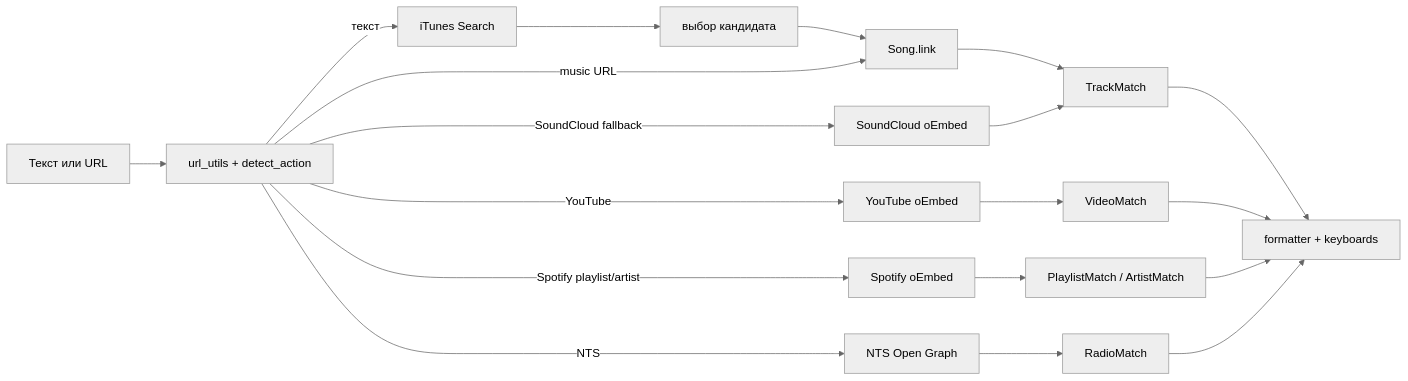
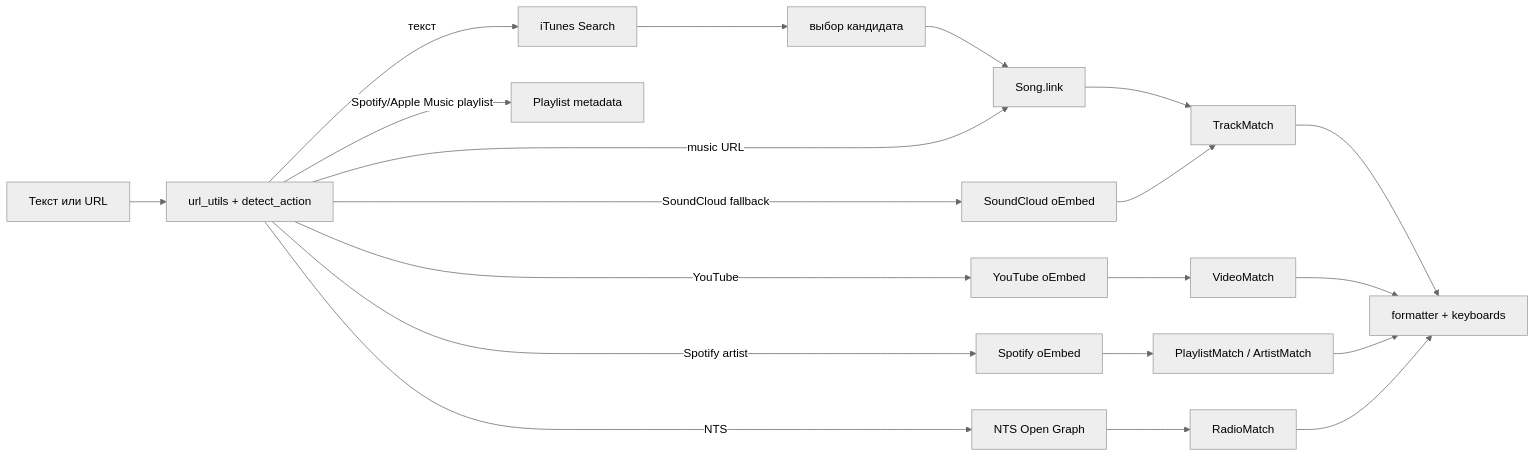
One commit to StonerHand/stonerhand-soundlinks-bot changed the third of 4 diagrams in ARCHITECTURE.ru.md. Above: the diagram before and after it, drawn with Mermaid (neutral theme). The commit also changed other lines of this file and 11 other files, not shown here.

Commit message:
Добавить плейлисты Apple Music

````diff
--- a/ARCHITECTURE.ru.md
+++ b/ARCHITECTURE.ru.md
@@ -190,21 +190,22 @@
 ```mermaid
 flowchart LR
     INPUT["Текст или URL"] --> CLASSIFY["url_utils + detect_action"]
     CLASSIFY -->|"текст"| SEARCH["iTunes Search"]
     SEARCH --> PICK["выбор кандидата"]
     PICK --> SONG
     CLASSIFY -->|"music URL"| SONG["Song.link"]
     CLASSIFY -->|"YouTube"| YT["YouTube oEmbed"]
     CLASSIFY -->|"SoundCloud fallback"| SC["SoundCloud oEmbed"]
-    CLASSIFY -->|"Spotify playlist/artist"| SP["Spotify oEmbed"]
+    CLASSIFY -->|"Spotify/Apple Music playlist"| PL["Playlist metadata"]
+    CLASSIFY -->|"Spotify artist"| SP["Spotify oEmbed"]
     CLASSIFY -->|"NTS"| NTS["NTS Open Graph"]
     SONG --> MODEL["TrackMatch"]
     YT --> MODEL2["VideoMatch"]
     SC --> MODEL
     SP --> MODEL3["PlaylistMatch / ArtistMatch"]
     NTS --> MODEL4["RadioMatch"]
     MODEL --> VIEW["formatter + keyboards"]
     MODEL2 --> VIEW
     MODEL3 --> VIEW
     MODEL4 --> VIEW
 ```
````
